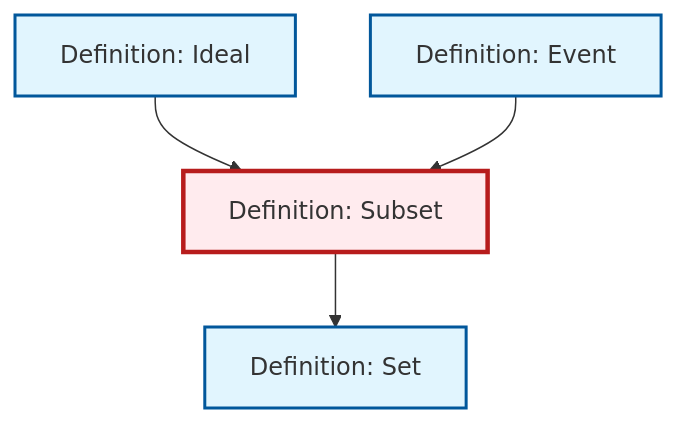
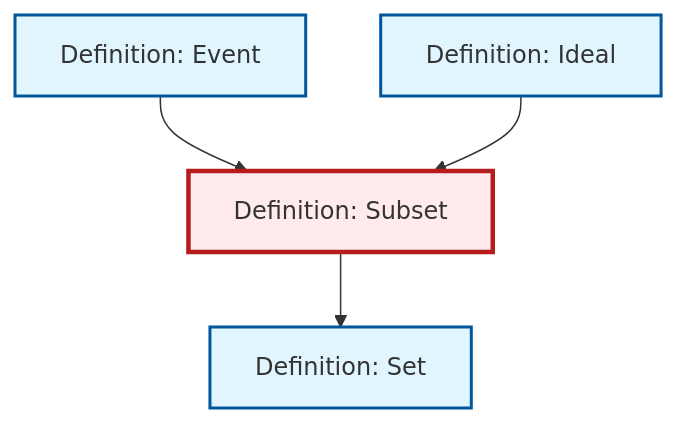
The diagram in content/ja/logic-set-theory/def-subset.qmd (RK0429/ModernMath), drawn with Mermaid before and after one commit. The commit also changed other lines of this file and 491 other files, not shown here.

````diff
--- a/content/ja/logic-set-theory/def-subset.qmd
+++ b/content/ja/logic-set-theory/def-subset.qmd
@@ -50,20 +50,20 @@
 ```{mermaid}
 %%| fig-cap: "Local dependency graph"
 graph TD
     classDef definition fill:#e1f5fe,stroke:#01579b,stroke-width:2px
     classDef theorem fill:#f3e5f5,stroke:#4a148c,stroke-width:2px
     classDef axiom fill:#fff3e0,stroke:#e65100,stroke-width:2px
     classDef example fill:#e8f5e9,stroke:#1b5e20,stroke-width:2px
     classDef current fill:#ffebee,stroke:#b71c1c,stroke-width:3px
+    def-set["Definition: Set"]:::definition
     def-subset["Definition: Subset"]:::definition
-    def-set["Definition: Set"]:::definition
+    def-event["Definition: Event"]:::definition
     def-ideal["Definition: Ideal"]:::definition
-    def-event["Definition: Event"]:::definition
+    def-event --> def-subset
     def-subset --> def-set
     def-ideal --> def-subset
-    def-event --> def-subset
     class def-subset current
     click def-set "def-set.html" "Definition: Setへ"
+    click def-event "def-event.html" "Definition: Eventへ"
     click def-ideal "def-ideal.html" "Definition: Idealへ"
-    click def-event "def-event.html" "Definition: Eventへ"
 ```
````
